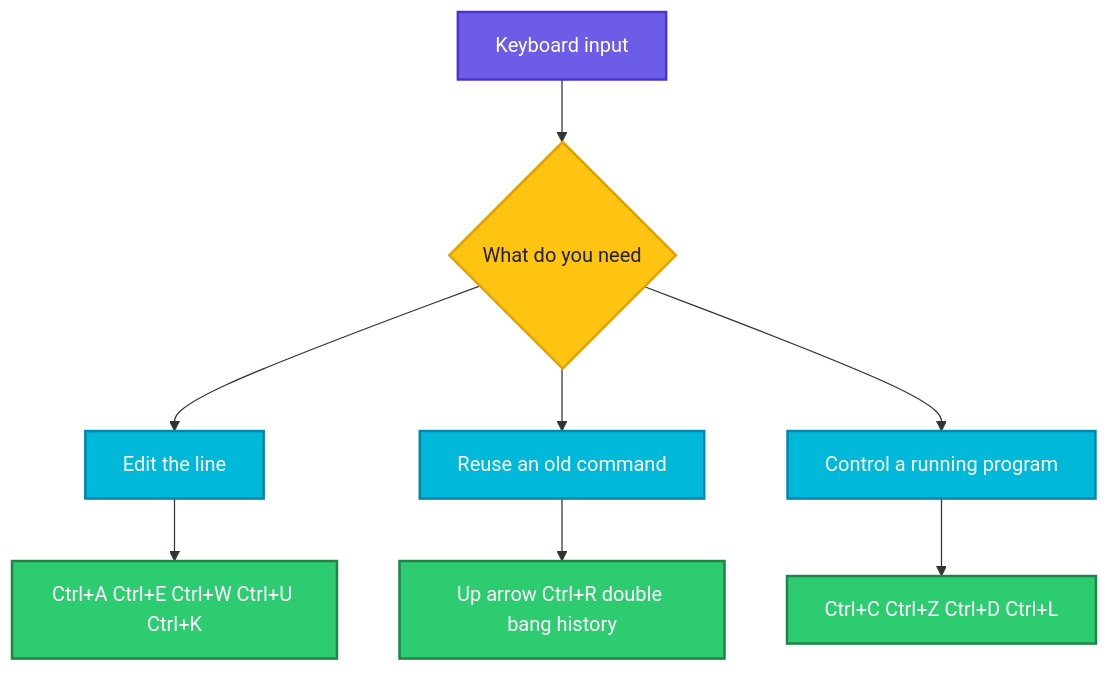
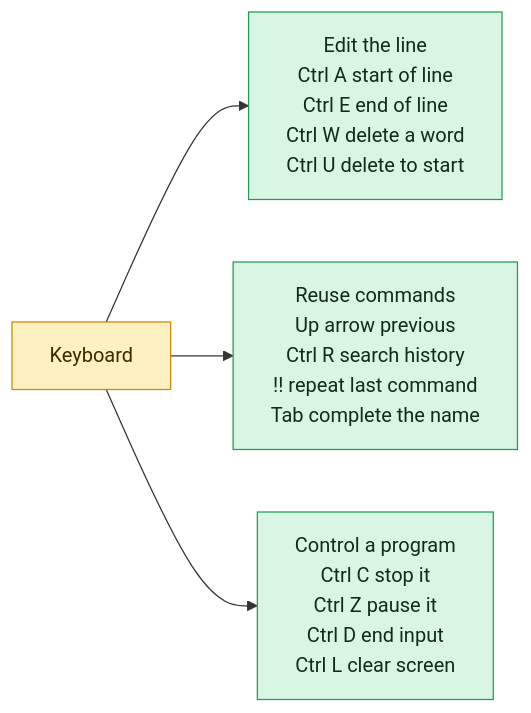
Before and after one commit to codeKerdosTech/DevOps-Documentation: the diagram in linux/fundamentals/11-shortcuts-and-tab-completion.md, drawn with Mermaid. The commit also changed other lines of this file and 165 other files, not shown here.

Commit message:
updated diagrams in linux

````diff
--- a/linux/fundamentals/11-shortcuts-and-tab-completion.md
+++ b/linux/fundamentals/11-shortcuts-and-tab-completion.md
@@ -17,18 +17,13 @@
 ```mermaid
-flowchart TD
-    A[Keyboard input] --> B{What do you need}
-    B --> C[Edit the line]
-    B --> D[Reuse an old command]
-    B --> E[Control a running program]
-    C --> F[Ctrl+A Ctrl+E Ctrl+W Ctrl+U Ctrl+K]
-    D --> G[Up arrow Ctrl+R double bang history]
-    E --> H[Ctrl+C Ctrl+Z Ctrl+D Ctrl+L]
-    classDef start fill:#6C5CE7,stroke:#4834D4,stroke-width:2px,color:#fff
-    classDef proc fill:#00B8D9,stroke:#0087A8,stroke-width:2px,color:#fff
-    classDef dec fill:#FFC312,stroke:#E1A100,stroke-width:2px,color:#222
-    classDef ok fill:#2ECC71,stroke:#1E8449,stroke-width:2px,color:#fff
-    class A start
-    class B dec
-    class C,D,E proc
-    class F,G,H ok
+flowchart LR
+    c1[Keyboard] --> o1[Edit the line<br/>Ctrl A start of line<br/>Ctrl E end of line<br/>Ctrl W delete a word<br/>Ctrl U delete to start]
+    c1 --> o2[Reuse commands<br/>Up arrow previous<br/>Ctrl R search history<br/>!! repeat last command<br/>Tab complete the name]
+    c1 --> o3[Control a program<br/>Ctrl C stop it<br/>Ctrl Z pause it<br/>Ctrl D end input<br/>Ctrl L clear screen]
+    classDef inp fill:#DCEBFF,stroke:#2F6FDE,color:#10213F
+    classDef cmd fill:#FFF0C2,stroke:#C98A00,color:#3A2A00
+    classDef out fill:#D9F5E3,stroke:#1F9D55,color:#0B2E1A
+    classDef bad fill:#FDE0E0,stroke:#D13B3B,color:#4A0F0F
+    classDef note fill:#ECEFF3,stroke:#7B8794,color:#1F2933
+    class c1 cmd
+    class o1,o2,o3 out
 ```
````
